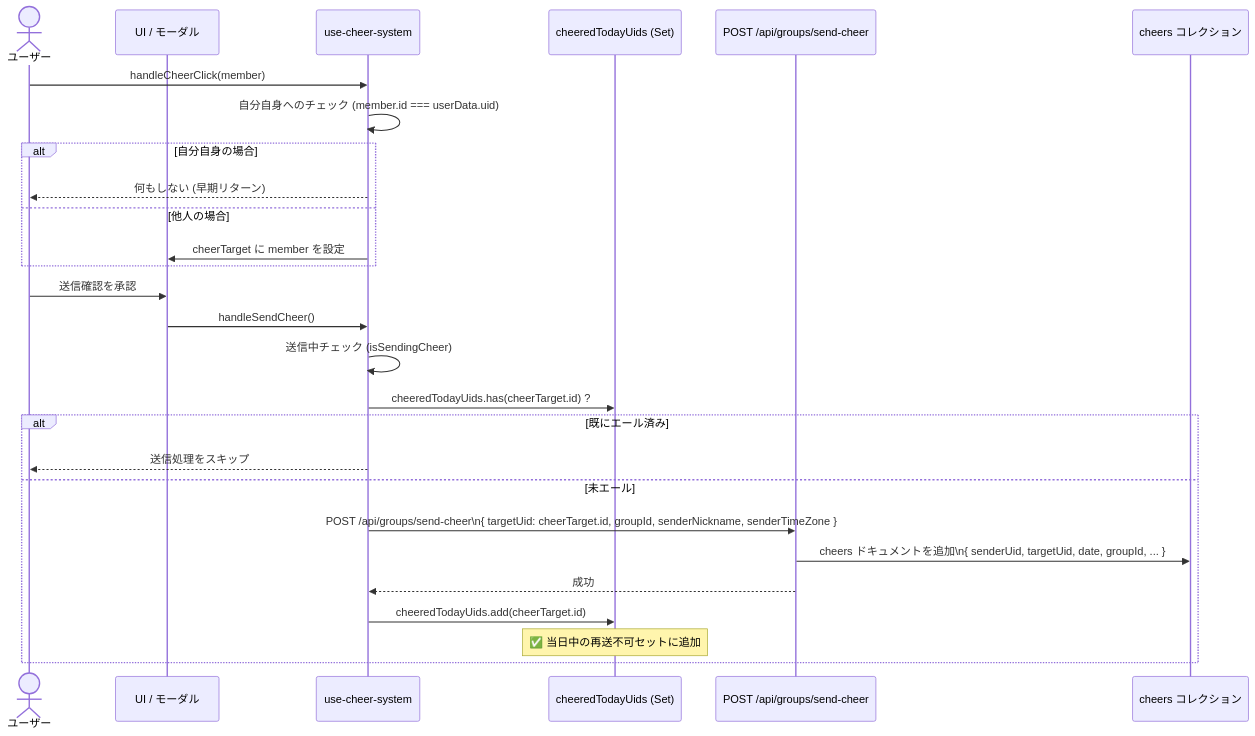
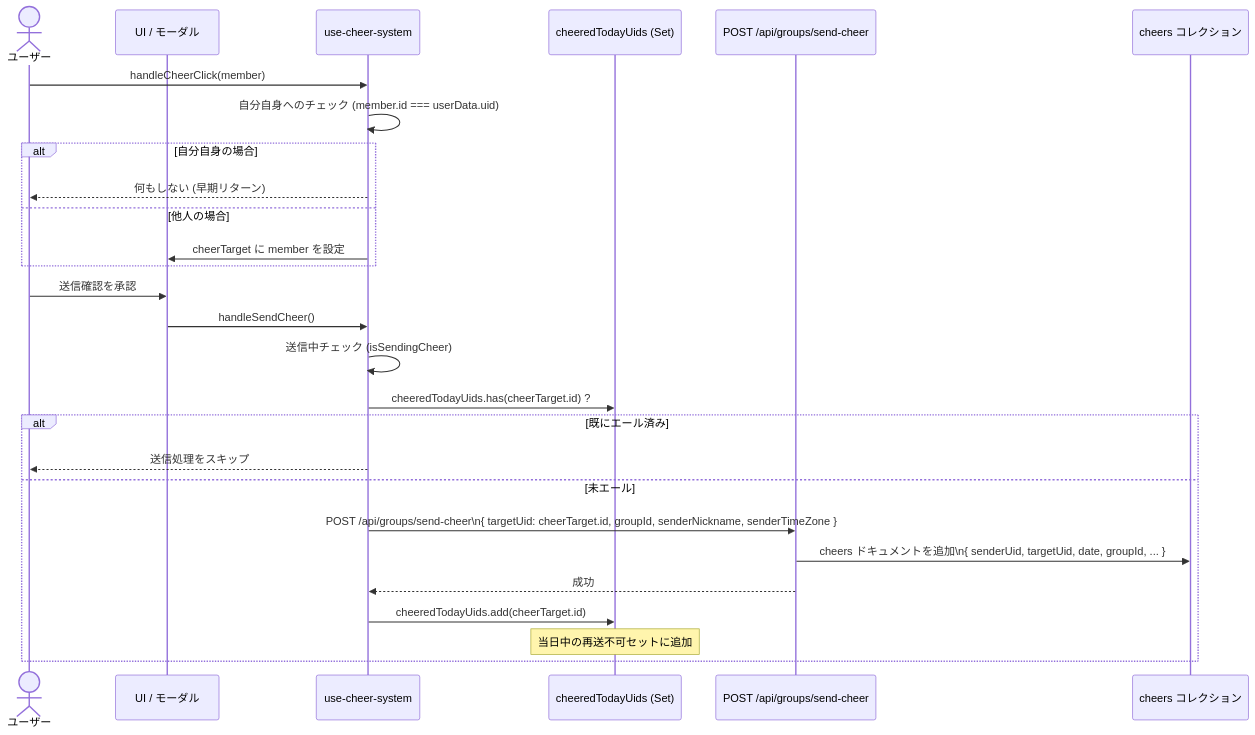
One commit to ScriptureHabit/scripture-habit changed the seventh of 10 diagrams in docs/ja/details/group-chat-interactions.md. Above: the diagram before and after it, drawn with Mermaid. The commit also changed other lines of this file and 53 other files, not shown here.

````diff
--- a/docs/ja/details/group-chat-interactions.md
+++ b/docs/ja/details/group-chat-interactions.md
@@ -375,32 +375,32 @@
 ```mermaid
 sequenceDiagram
     actor ユーザー
     participant UI as UI / モーダル
     participant Hook as use-cheer-system
     participant Guard as cheeredTodayUids (Set)
     participant API as POST /api/groups/send-cheer
     participant Firestore as cheers コレクション
 
     ユーザー->>Hook: handleCheerClick(member)
     Hook->>Hook: 自分自身へのチェック (member.id === userData.uid)
     alt 自分自身の場合
         Hook-->>ユーザー: 何もしない (早期リターン)
     else 他人の場合
         Hook->>UI: cheerTarget に member を設定
     end
 
     ユーザー->>UI: 送信確認を承認
     UI->>Hook: handleSendCheer()
 
     Hook->>Hook: 送信中チェック (isSendingCheer)
     Hook->>Guard: cheeredTodayUids.has(cheerTarget.id) ?
     alt 既にエール済み
         Hook-->>ユーザー: 送信処理をスキップ
     else 未エール
         Hook->>API: POST /api/groups/send-cheer\n{ targetUid: cheerTarget.id, groupId, senderNickname, senderTimeZone }
         API->>Firestore: cheers ドキュメントを追加\n{ senderUid, targetUid, date, groupId, ... }
         API-->>Hook: 成功
         Hook->>Guard: cheeredTodayUids.add(cheerTarget.id)
-        Note over Guard: ✅ 当日中の再送不可セットに追加
+        Note over Guard: 当日中の再送不可セットに追加
     end
 ```
````
